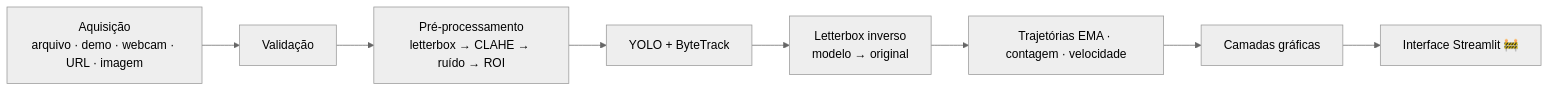
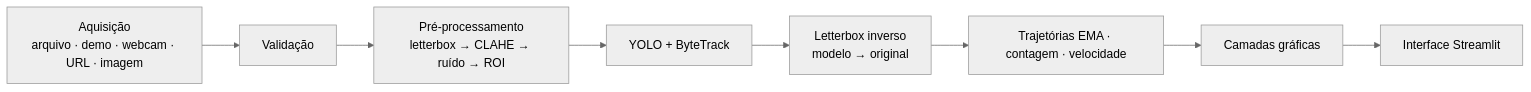
Before and after one commit to LuisHenrique1523/FluxoVC: the diagram in docs/pipeline.md, drawn with Mermaid (neutral theme). The commit also changed other lines of this file and 11 other files, not shown here.

Commit message:
Fase 5: interface Streamlit completa (fontes, parâmetros ao vivo, prévia, vídeo, gráfico, eventos, downloads) + testes com AppTest

````diff
--- a/docs/pipeline.md
+++ b/docs/pipeline.md
@@ -5,10 +5,10 @@
 ```mermaid
 flowchart LR
     A[Aquisição<br/>arquivo · demo · webcam · URL · imagem] --> B[Validação]
     B --> C[Pré-processamento<br/>letterbox → CLAHE → ruído → ROI]
     C --> D[YOLO + ByteTrack]
     D --> E[Letterbox inverso<br/>modelo → original]
     E --> F[Trajetórias EMA · contagem · velocidade]
     F --> G[Camadas gráficas]
-    G --> H[Interface Streamlit 🚧]
+    G --> H[Interface Streamlit]
 ```
````
